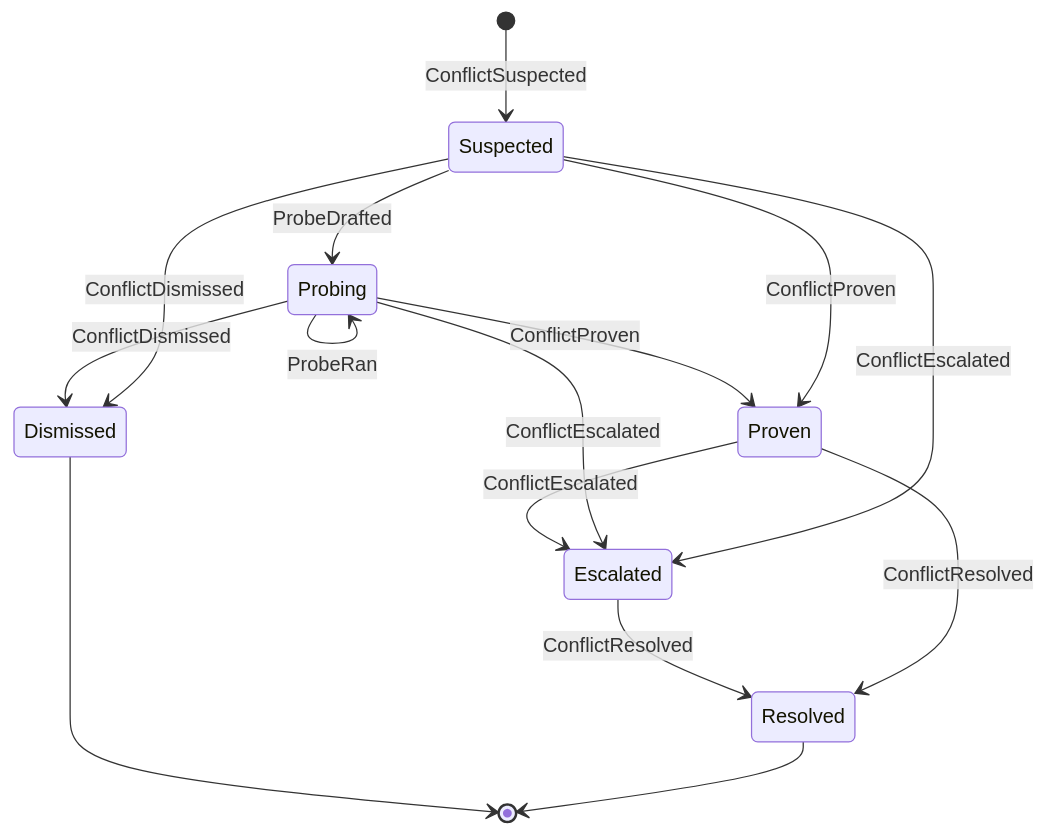
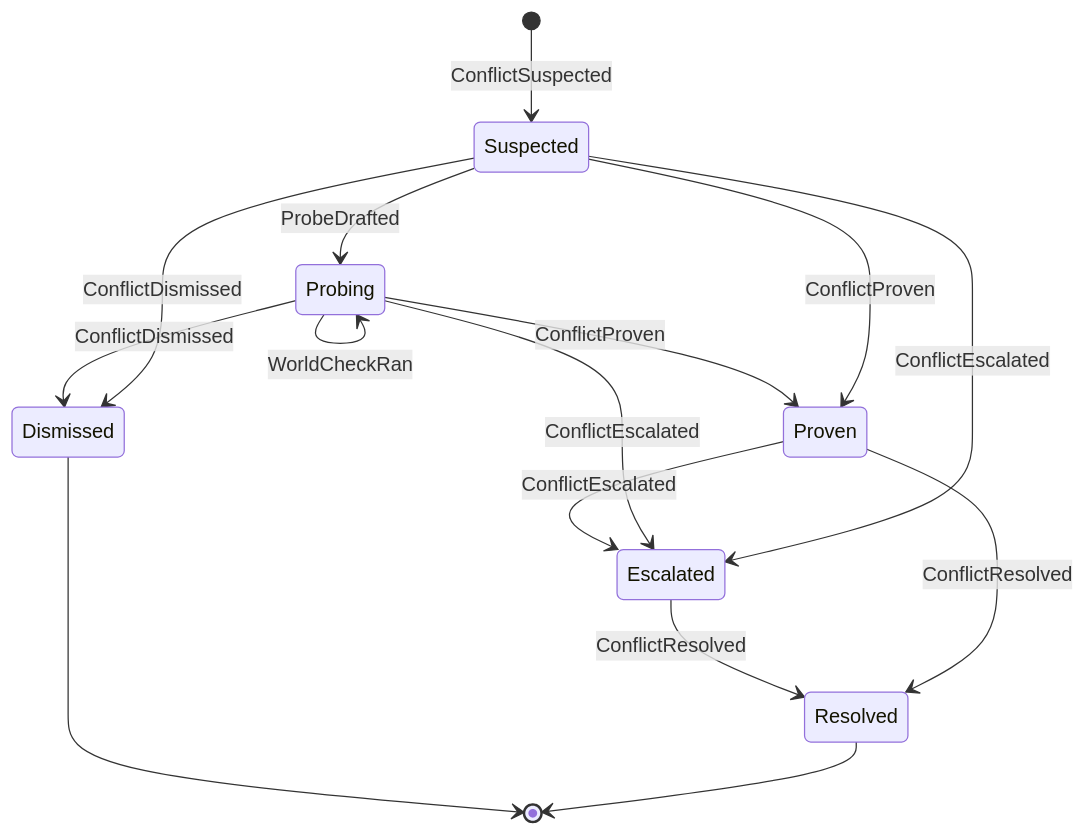
The third of 12 diagrams in docs/domain/state-machines.md (bimsonz/keel), drawn with Mermaid before and after one commit. The commit also changed other lines of this file and 26 other files, not shown here.

````diff
--- a/docs/domain/state-machines.md
+++ b/docs/domain/state-machines.md
@@ -201,17 +201,18 @@
 ```mermaid
 stateDiagram-v2
   [*] --> Suspected: ConflictSuspected
   Suspected --> Probing: ProbeDrafted
   Suspected --> Proven: ConflictProven
   Suspected --> Dismissed: ConflictDismissed
   Suspected --> Escalated: ConflictEscalated
   Probing --> Probing: ProbeRan
+  Probing --> Probing: WorldCheckRan
   Probing --> Proven: ConflictProven
   Probing --> Dismissed: ConflictDismissed
   Probing --> Escalated: ConflictEscalated
   Proven --> Resolved: ConflictResolved
   Proven --> Escalated: ConflictEscalated
   Escalated --> Resolved: ConflictResolved
   Resolved --> [*]
   Dismissed --> [*]
 ```
````
